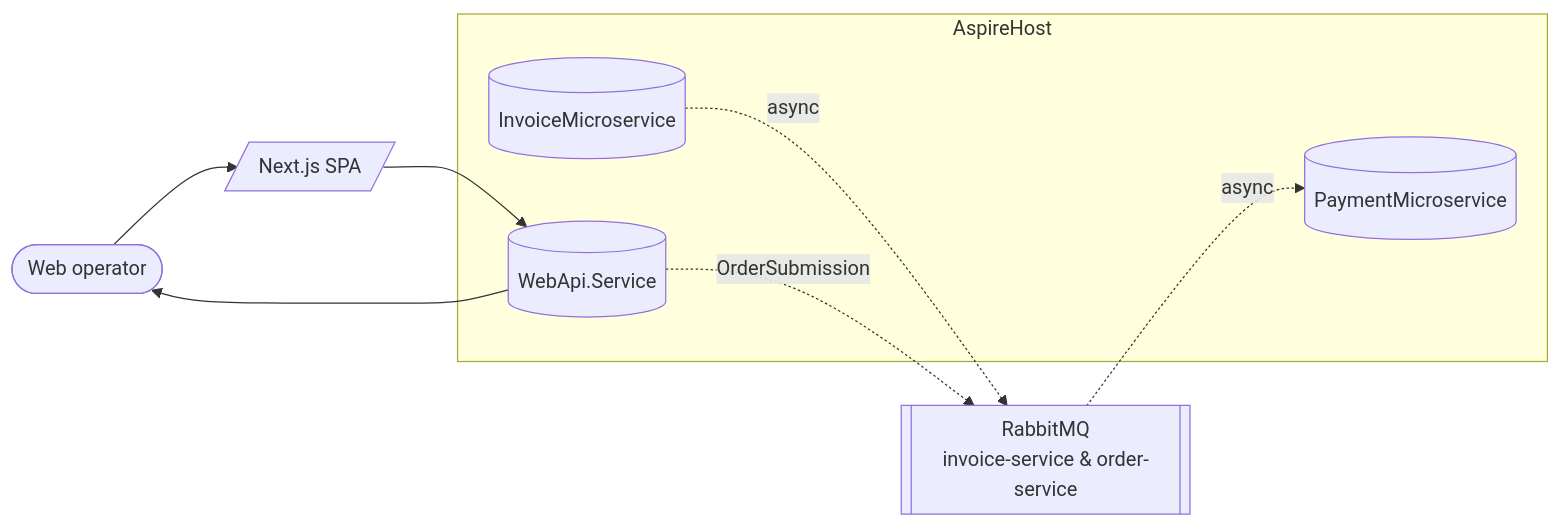
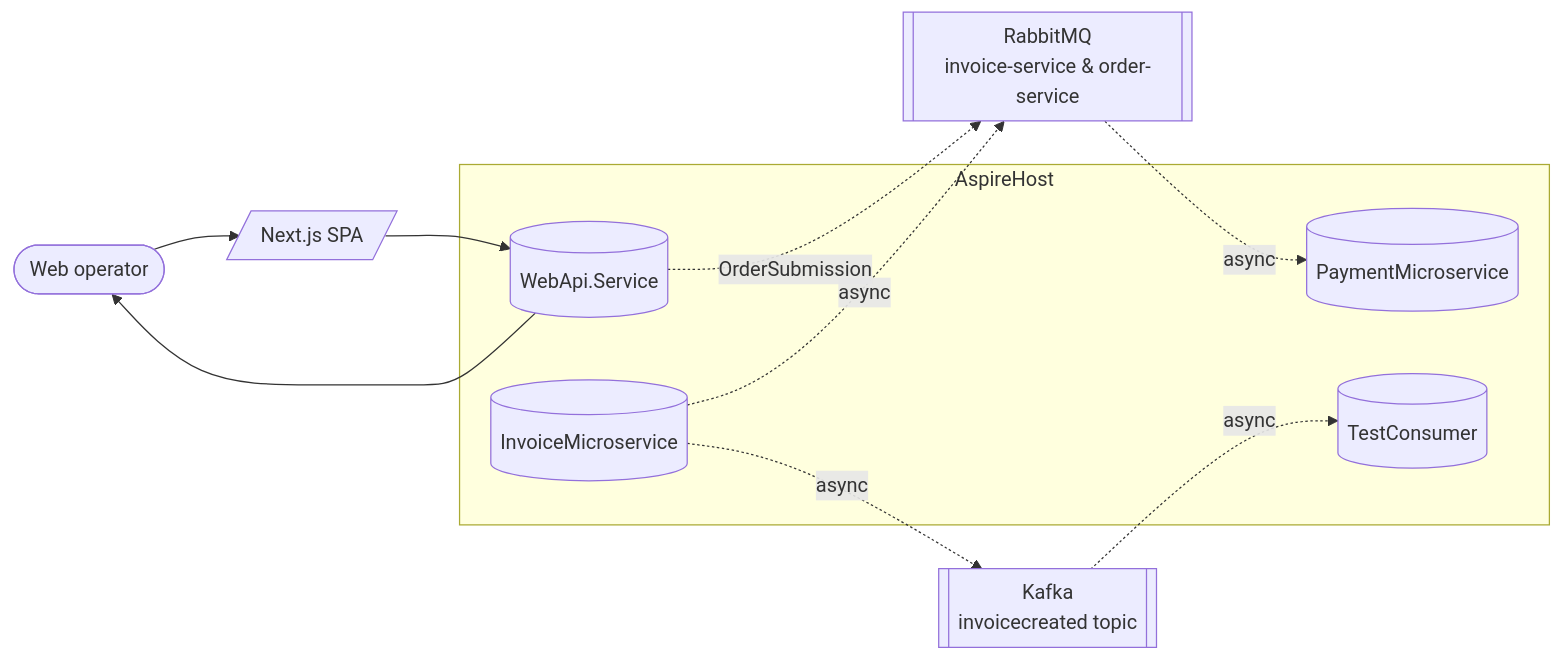
One commit to DragceSU/AspireProject changed the second of 5 diagrams in README.md. Above: the diagram before and after it, drawn with Mermaid. The commit also changed other lines of this file and 53 other files, not shown here.

````diff
--- a/README.md
+++ b/README.md
@@ -50,18 +54,22 @@
 ```mermaid
 flowchart LR
     user([Web operator])
     spa[/Next.js SPA/]
     subgraph AspireHost
         api[(WebApi.Service)]
         invoice[(InvoiceMicroservice)]
         payment[(PaymentMicroservice)]
+        test[(TestConsumer)]
     end
     bus[[RabbitMQ<br/>invoice-service & order-service]]
+    kafka[[Kafka<br/>invoicecreated topic]]
 
     user --> spa
     spa --> api
     api --> user
     invoice -. async .-> bus
     bus -. async .-> payment
     api -. OrderSubmission .-> bus
+    invoice -. async .-> kafka
+    kafka -. async .-> test
 ```
````
